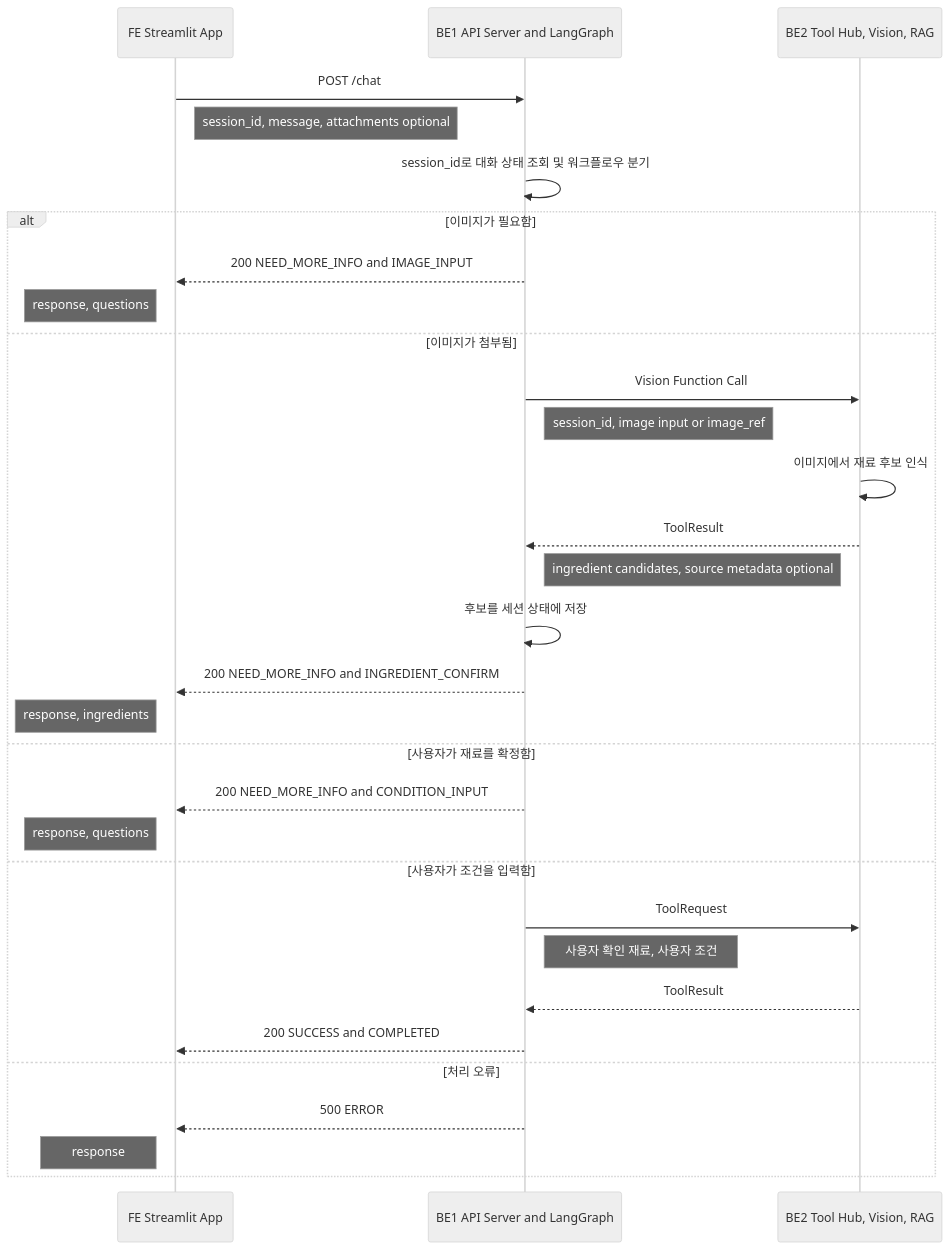
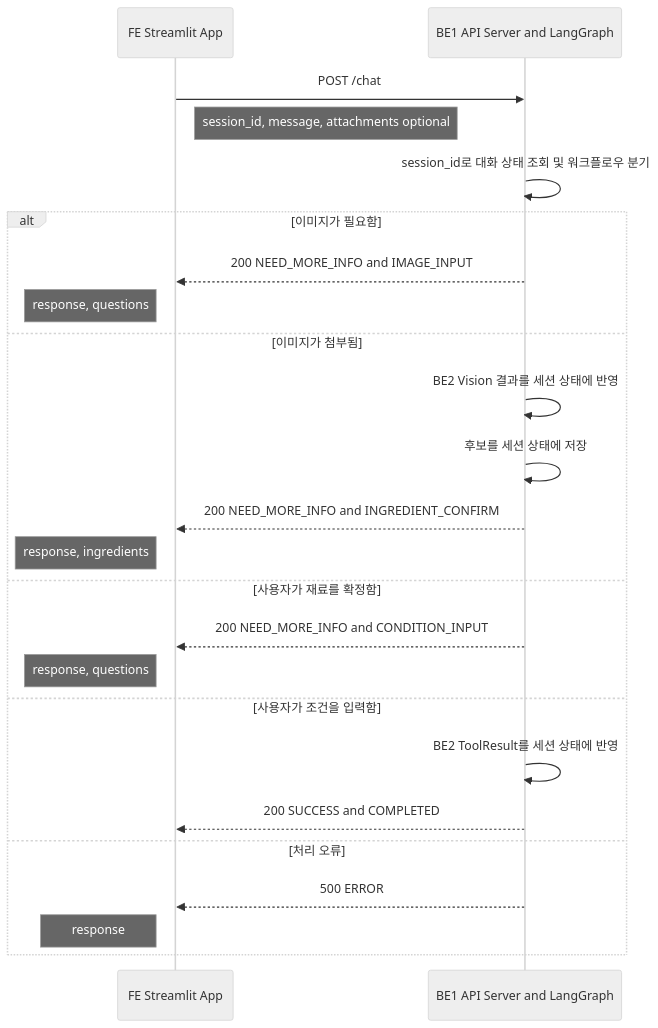
The first of 3 diagrams in docs/data-flow.md (DongJunee/2026_aio2_p2_PlanEat_Backend), drawn with Mermaid (neutral theme) before and after one commit. The commit also changed other lines of this file, not shown here.

````diff
--- a/docs/data-flow.md
+++ b/docs/data-flow.md
@@ -15,35 +15,28 @@
 ```mermaid
 sequenceDiagram
     participant FE as FE Streamlit App
     participant BE1 as BE1 API Server and LangGraph
-    participant BE2 as BE2 Tool Hub, Vision, RAG
 
     FE->>BE1: POST /chat
     Note right of FE: session_id, message, attachments optional
     BE1->>BE1: session_id로 대화 상태 조회 및 워크플로우 분기
 
     alt 이미지가 필요함
         BE1-->>FE: 200 NEED_MORE_INFO and IMAGE_INPUT
         Note left of FE: response, questions
     else 이미지가 첨부됨
-        BE1->>BE2: Vision Function Call
-        Note right of BE1: session_id, image input or image_ref
-        BE2->>BE2: 이미지에서 재료 후보 인식
-        BE2-->>BE1: ToolResult
-        Note left of BE2: ingredient candidates, source metadata optional
+        BE1->>BE1: BE2 Vision 결과를 세션 상태에 반영
         BE1->>BE1: 후보를 세션 상태에 저장
         BE1-->>FE: 200 NEED_MORE_INFO and INGREDIENT_CONFIRM
         Note left of FE: response, ingredients
     else 사용자가 재료를 확정함
         BE1-->>FE: 200 NEED_MORE_INFO and CONDITION_INPUT
         Note left of FE: response, questions
     else 사용자가 조건을 입력함
-        BE1->>BE2: ToolRequest
-        Note right of BE1: 사용자 확인 재료, 사용자 조건
-        BE2-->>BE1: ToolResult
+        BE1->>BE1: BE2 ToolResult를 세션 상태에 반영
         BE1-->>FE: 200 SUCCESS and COMPLETED
     else 처리 오류
         BE1-->>FE: 500 ERROR
         Note left of FE: response
     end
 ```
````
